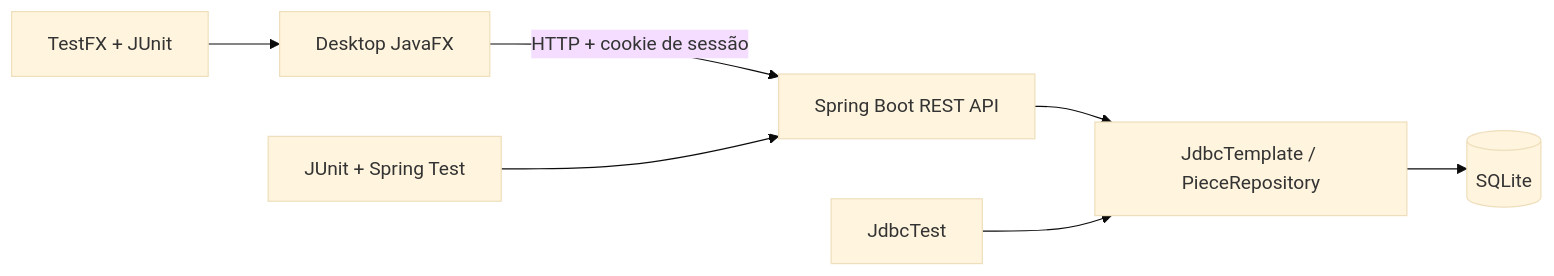
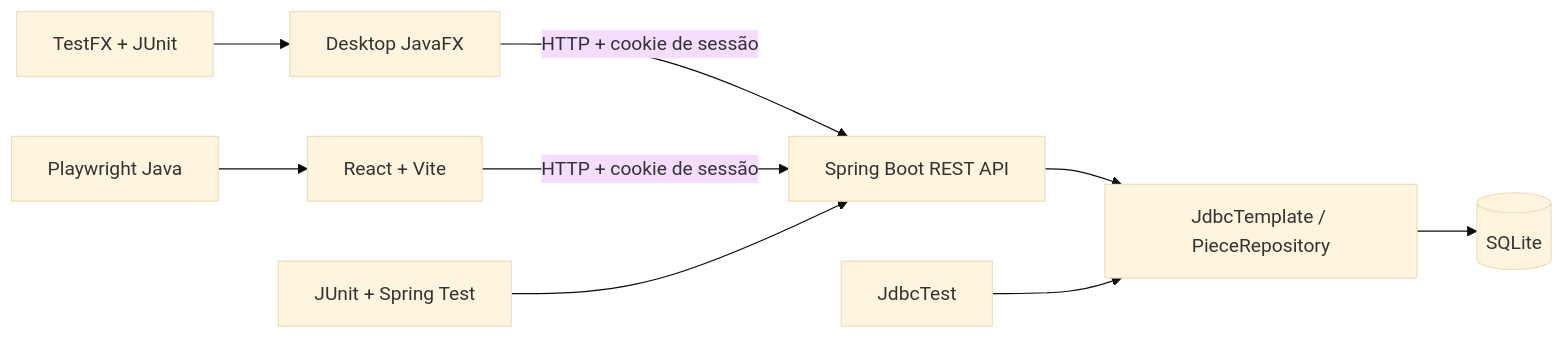
One commit to vitomc22/crud-fx changed the diagram in README.md. Above: the diagram before and after it, drawn with Mermaid (base theme). The commit also changed other lines of this file and 35 other files, not shown here.

First line of the commit message:
feat: initialize CRUD FX web application with React, Vite, and TypeScript

````diff
--- a/README.md
+++ b/README.md
@@ -24,9 +26,11 @@
 ```mermaid
 flowchart LR
     QA[TestFX + JUnit] --> UI[Desktop JavaFX]
+  WebQA[Playwright Java] --> Web[React + Vite]
     UI -->|HTTP + cookie de sessão| API[Spring Boot REST API]
+  Web -->|HTTP + cookie de sessão| API
     API --> Repo[JdbcTemplate / PieceRepository]
     Repo --> DB[(SQLite)]
     BackendTests[JUnit + Spring Test] --> API
     RepositoryTests[JdbcTest] --> Repo
 ```
````
